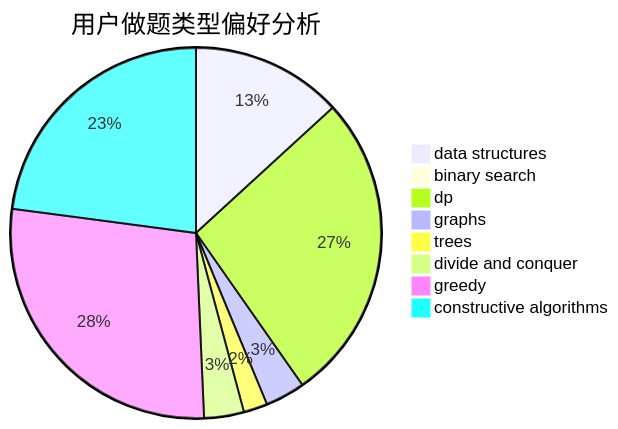
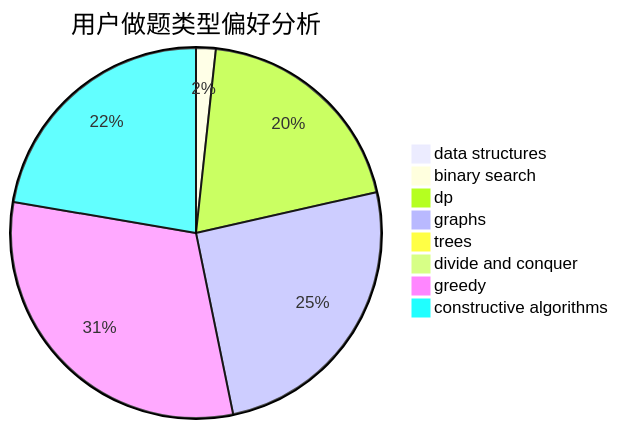
The second of 3 diagrams in docs/user/u2653.md (sherpahu/cfrs.github.io), drawn with Mermaid before and after one commit. The commit also changed other lines of this file and 2770 other files, not shown here.

````diff
--- a/docs/user/u2653.md
+++ b/docs/user/u2653.md
@@ -23,11 +23,11 @@
 ```mermaid
 pie title 用户做题类型偏好分析
-    "data structures" :  19
-    "binary search" :  0
-    "dp" :  39
-    "graphs" :  5
-    "trees" :  3
-    "divide and conquer" :  5
-    "greedy" :  40
-    "constructive algorithms" :  33
+    "data structures" :  0
+    "binary search" :  4
+    "dp" :  46
+    "graphs" :  59
+    "trees" :  0
+    "divide and conquer" :  0
+    "greedy" :  72
+    "constructive algorithms" :  52
 ```
````
